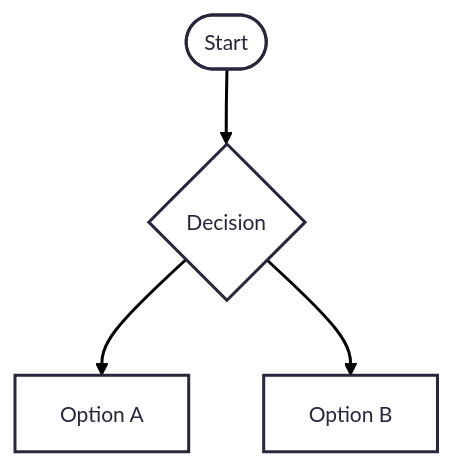
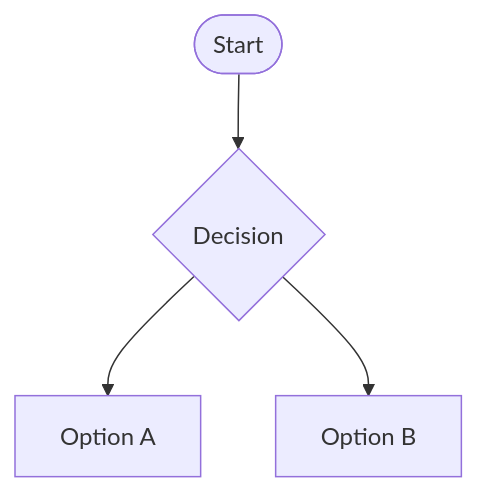
Before and after one commit to jeromeverhoeven/0xd: the second of 3 diagrams in Design/Spec-1.md, drawn with Mermaid. The commit also changed other lines of this file and 1 other file, not shown here.

````diff
--- a/Design/Spec-1.md
+++ b/Design/Spec-1.md
@@ -43,11 +43,7 @@
 ```mermaid
----
-config:
-      theme: redux
----
 flowchart TD
         A(["Start"])
         A --> B{"Decision"}
         B --> C["Option A"]
         B --> D["Option B"]
 ```
````
